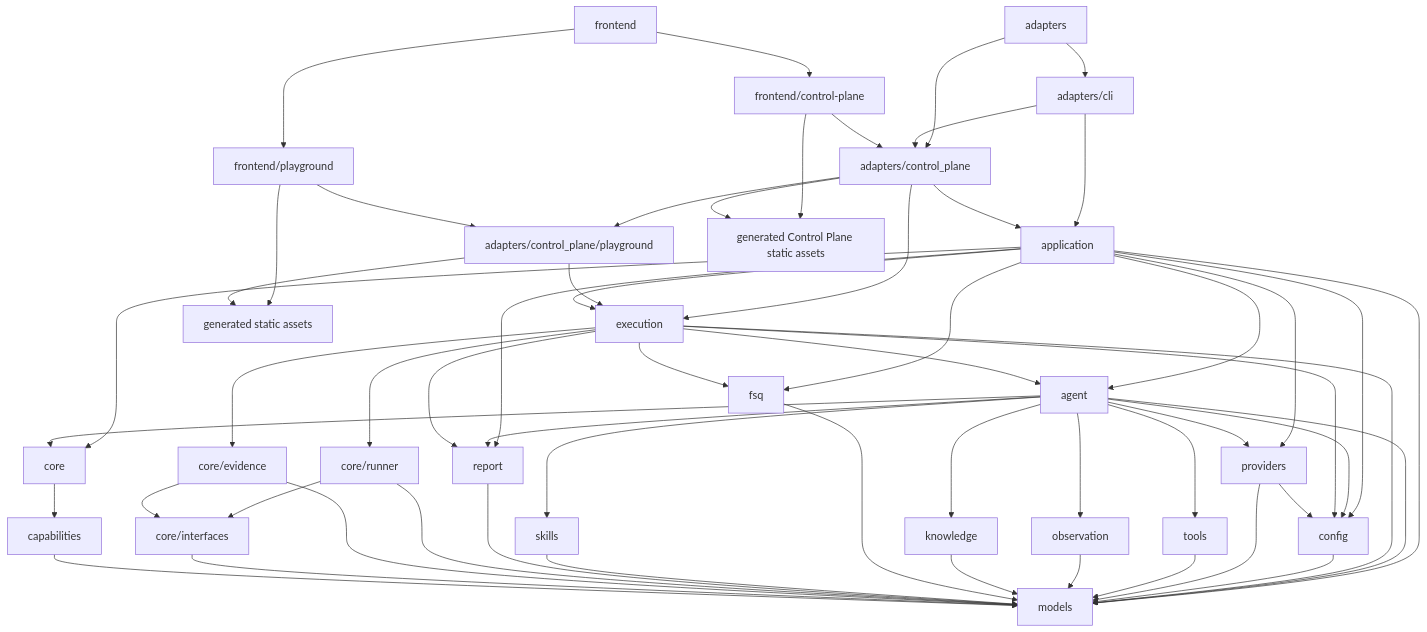
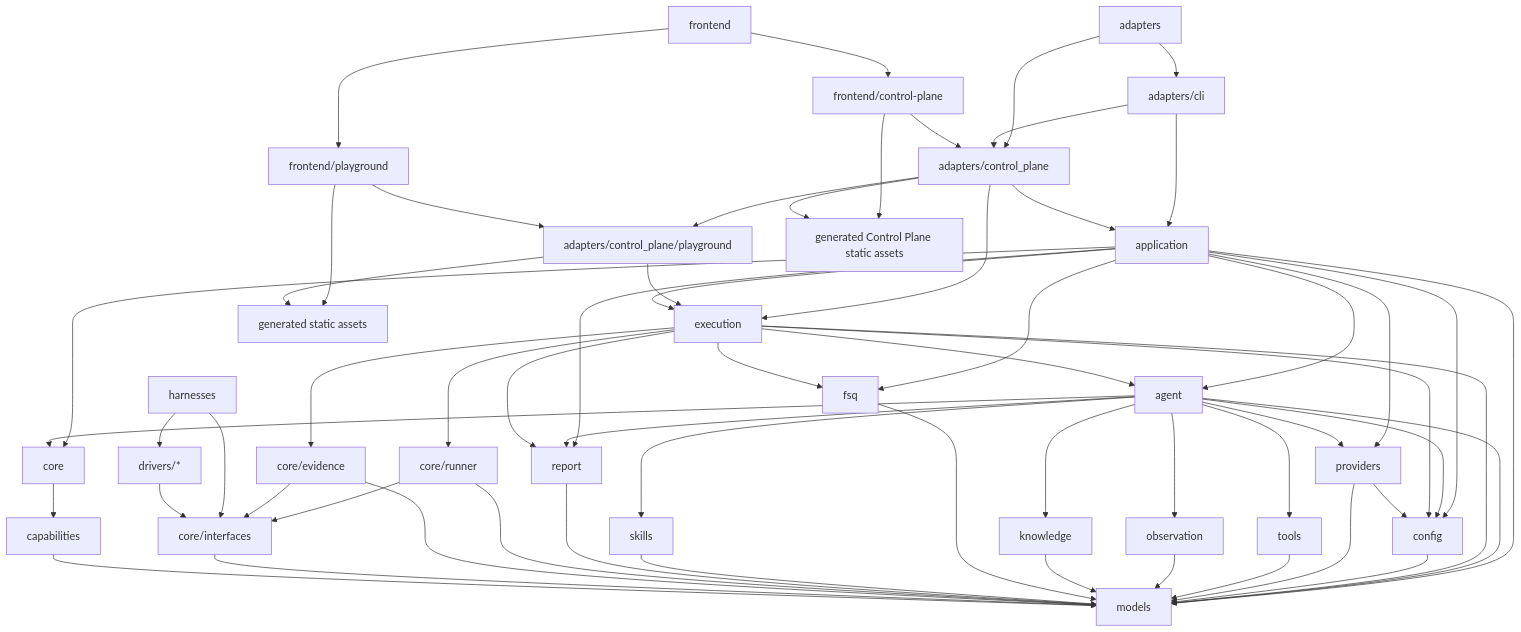
Before and after one commit to houlianpi/FSQ: the diagram in SPEC.md, drawn with Mermaid. The commit also changed other lines of this file and 43 other files, not shown here.

Commit message:
refactor platform drivers and harnesses

````diff
--- a/SPEC.md
+++ b/SPEC.md
@@ -150,59 +152,62 @@
 ```mermaid
 flowchart TD
     Adapters[adapters] --> CLI[adapters/cli]
     Adapters --> ControlPlane[adapters/control_plane]
     CLI --> Application[application]
     CLI --> ControlPlane
     ControlPlane --> Application
     ControlPlane --> Playground[adapters/control_plane/playground]
     ControlPlane --> Execution[execution]
     Playground --> Execution
     Application --> Agent[agent]
     Application --> Execution
     Application --> Core[core]
     Application --> FSQ[fsq]
     Application --> Config[config]
     Application --> Providers[providers]
     Application --> Models[models]
     Application --> Report[report]
     Agent --> Core[core]
     Agent --> Config[config]
     Agent --> Providers[providers]
     Agent --> Models[models]
     Agent --> Tools[tools]
     Agent --> Observation[observation]
     Agent --> Knowledge[knowledge]
     Agent --> Skills[skills]
     Agent --> Report[report]
     Execution --> Agent
     Execution --> CoreRunner[core/runner]
     Execution --> CoreEvidence[core/evidence]
     Execution --> FSQ
     Execution --> Config
     Execution --> Models
     Execution --> Report
     Config --> Models
     Providers --> Config
     Providers --> Models
     Tools --> Models
     Observation --> Models
     Knowledge --> Models
     FSQ --> Models
     Skills --> Models
     Report --> Models
     CoreRunner --> CoreInterfaces[core/interfaces]
     CoreEvidence --> CoreInterfaces
     CoreRunner --> Models
     CoreEvidence --> Models
     CoreInterfaces --> Models
+    Harnesses[harnesses] --> CoreInterfaces
+    Harnesses --> Drivers[drivers/*]
+    Drivers --> CoreInterfaces
     Capabilities[capabilities] --> Models
     Core --> Capabilities
     Frontend[frontend] --> FrontendPlayground[frontend/playground]
     Frontend --> FrontendControlPlane[frontend/control-plane]
     FrontendPlayground --> Playground
     FrontendPlayground --> StaticAssets[generated static assets]
     Playground --> StaticAssets
     FrontendControlPlane --> ControlPlane
     FrontendControlPlane --> ControlPlaneStatic[generated Control Plane static assets]
     ControlPlane --> ControlPlaneStatic
 ```
````
